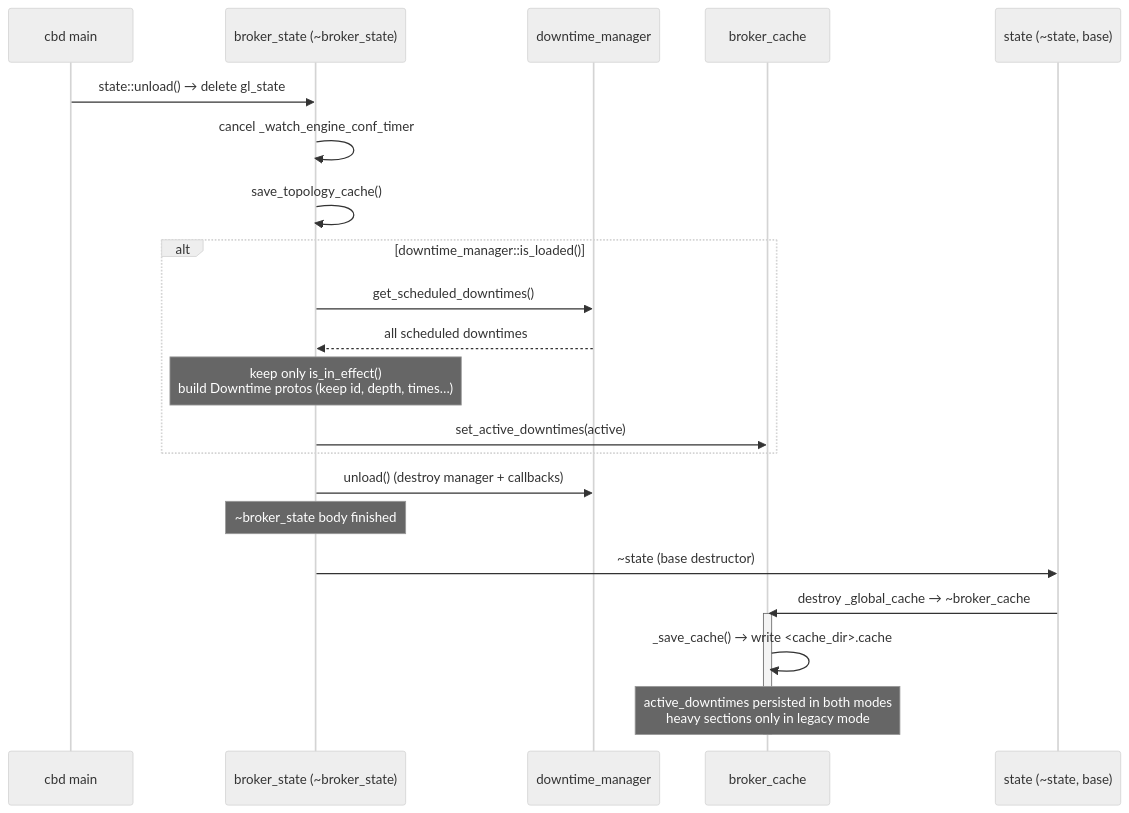
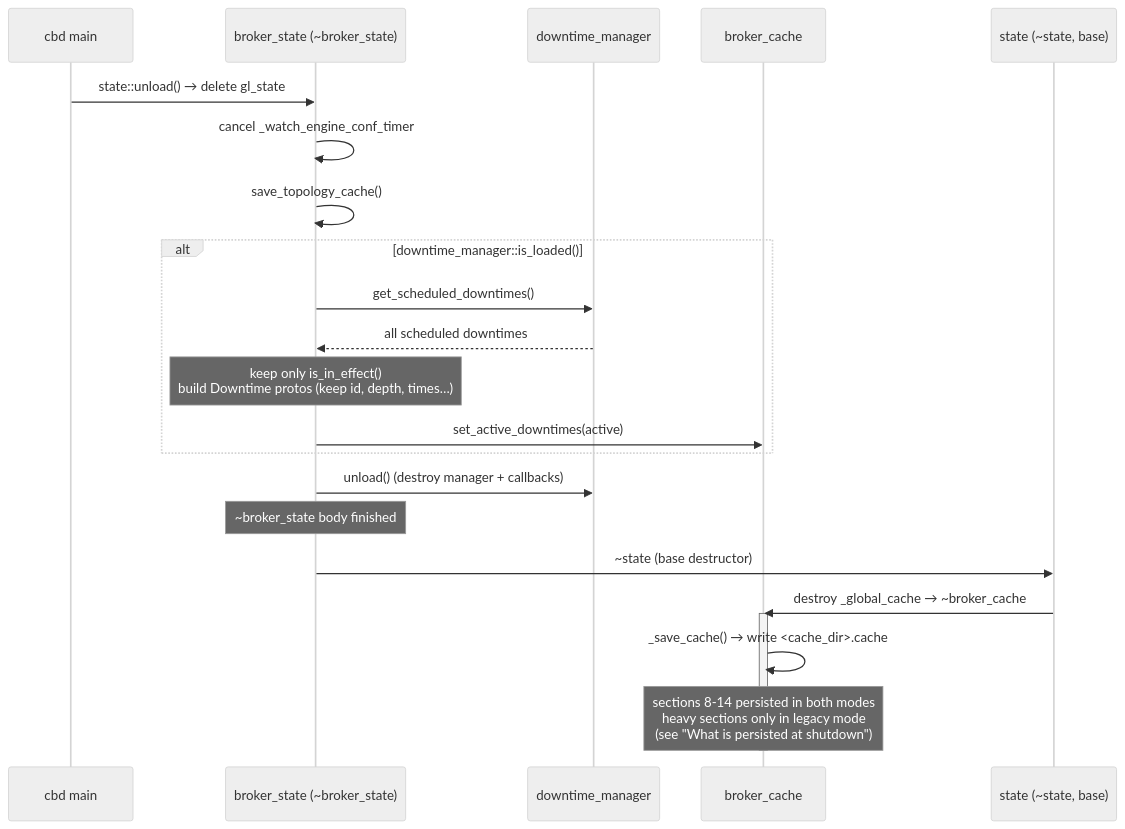
Before and after one commit to centreon/centreon-collect: diagram 23 of 47 in doc/nego-engine-broker-en.md, drawn with Mermaid (neutral theme). The commit also changed other lines of this file and 1 other file, not shown here.

````diff
--- a/doc/nego-engine-broker-en.md
+++ b/doc/nego-engine-broker-en.md
@@ -2211,27 +2213,27 @@
 ```mermaid
 sequenceDiagram
     participant main as cbd main
     participant BS as broker_state (~broker_state)
     participant DM as downtime_manager
     participant CACHE as broker_cache
     participant S as state (~state, base)
 
     main->>BS: state::unload() → delete gl_state
     BS->>BS: cancel _watch_engine_conf_timer
     BS->>BS: save_topology_cache()
     alt downtime_manager::is_loaded()
         BS->>DM: get_scheduled_downtimes()
         DM-->>BS: all scheduled downtimes
         Note over BS: keep only is_in_effect()<br/>build Downtime protos (keep id, depth, times…)
         BS->>CACHE: set_active_downtimes(active)
     end
     BS->>DM: unload() (destroy manager + callbacks)
     Note over BS: ~broker_state body finished
 
     BS->>S: ~state (base destructor)
     S->>CACHE: destroy _global_cache → ~broker_cache
     activate CACHE
     CACHE->>CACHE: _save_cache() → write <cache_dir>.cache
-    Note over CACHE: active_downtimes persisted in both modes<br/>heavy sections only in legacy mode
+    Note over CACHE: sections 8-14 persisted in both modes<br/>heavy sections only in legacy mode<br/>(see "What is persisted at shutdown")
     deactivate CACHE
 ```
````
